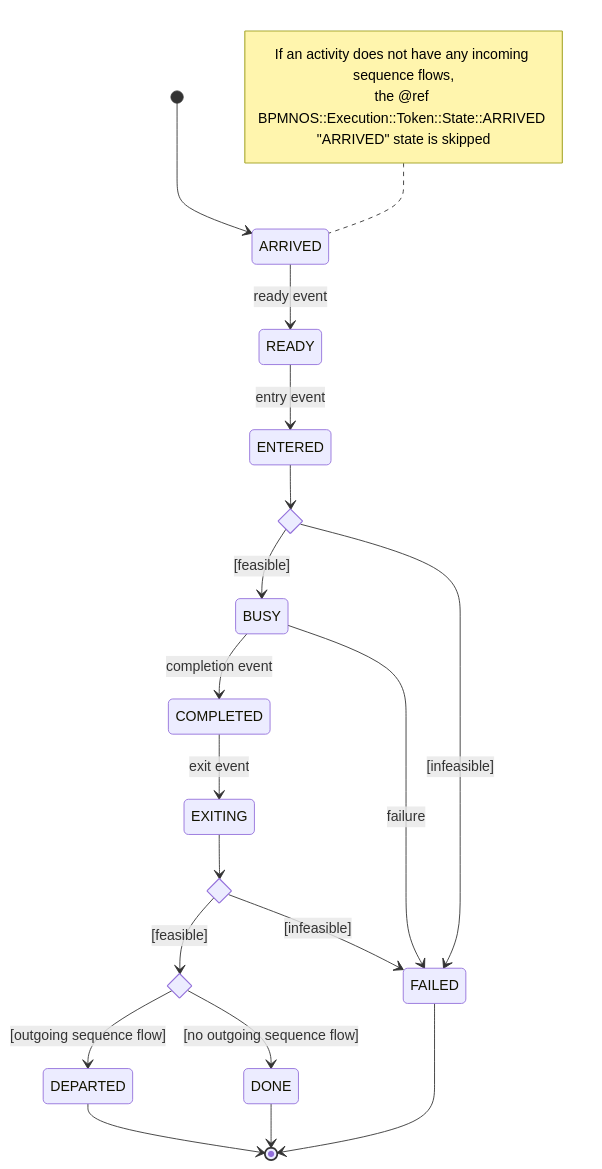
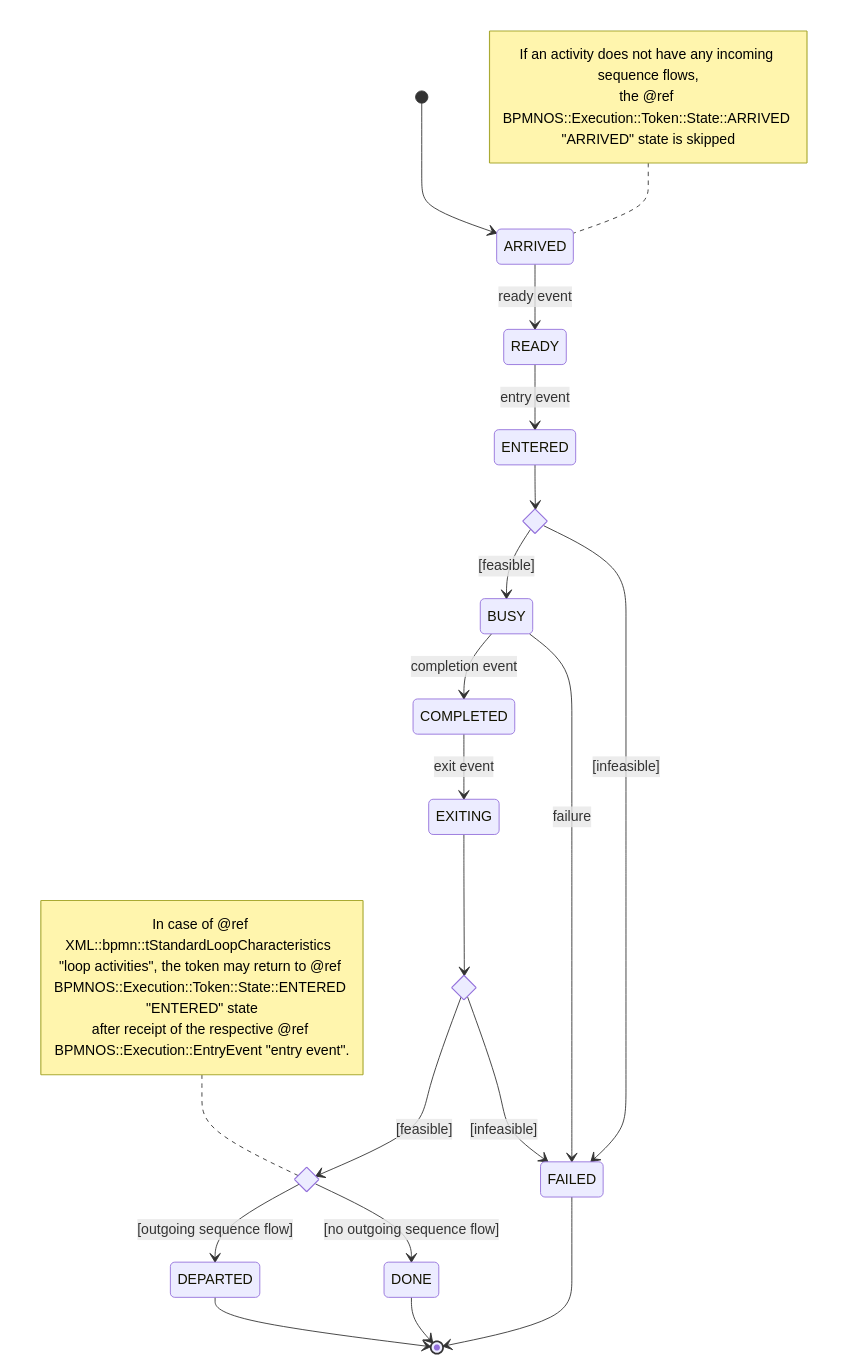
One commit to bpmn-os/bpmnos-engine changed the diagram in docs/md/logic/token_flow_logic_tasks.md. Above: the diagram before and after it, drawn with Mermaid. The commit also changed other lines of this file and 1 other file, not shown here.

Commit message:
Added note concerning loop activities

```diff
--- a/docs/md/logic/token_flow_logic_tasks.md
+++ b/docs/md/logic/token_flow_logic_tasks.md
@@ -13,27 +13,31 @@
 <pre class="mermaid">
 stateDiagram-v2
     state feasibleEntry <<choice>>
     state feasibleExit <<choice>>
     state departure <<choice>>
     [*] --> ARRIVED
     note left of ARRIVED
       If an activity does not have any incoming sequence flows,
       the @ref BPMNOS::Execution::Token::State::ARRIVED "ARRIVED" state is skipped 
     end note
     ARRIVED --> READY: ready event
     READY --> ENTERED: entry event
     ENTERED --> feasibleEntry
     feasibleEntry --> BUSY: [feasible]
     feasibleEntry --> FAILED: [infeasible]
     BUSY --> COMPLETED: completion event
     BUSY --> FAILED: failure
     COMPLETED --> EXITING: exit event
     EXITING --> feasibleExit
     feasibleExit --> departure: [feasible]
+    note left of departure
+      In case of @ref XML::bpmn::tStandardLoopCharacteristics  "loop activities", the token may return to @ref BPMNOS::Execution::Token::State::ENTERED "ENTERED" state
+      after receipt of the respective @ref BPMNOS::Execution::EntryEvent "entry event".
+    end note
     feasibleExit --> FAILED: [infeasible]
     departure --> DEPARTED: [outgoing sequence flow]
     departure --> DONE: [no outgoing sequence flow]
     DEPARTED --> [*]
     DONE --> [*]
     FAILED --> [*]
 </pre>
```
